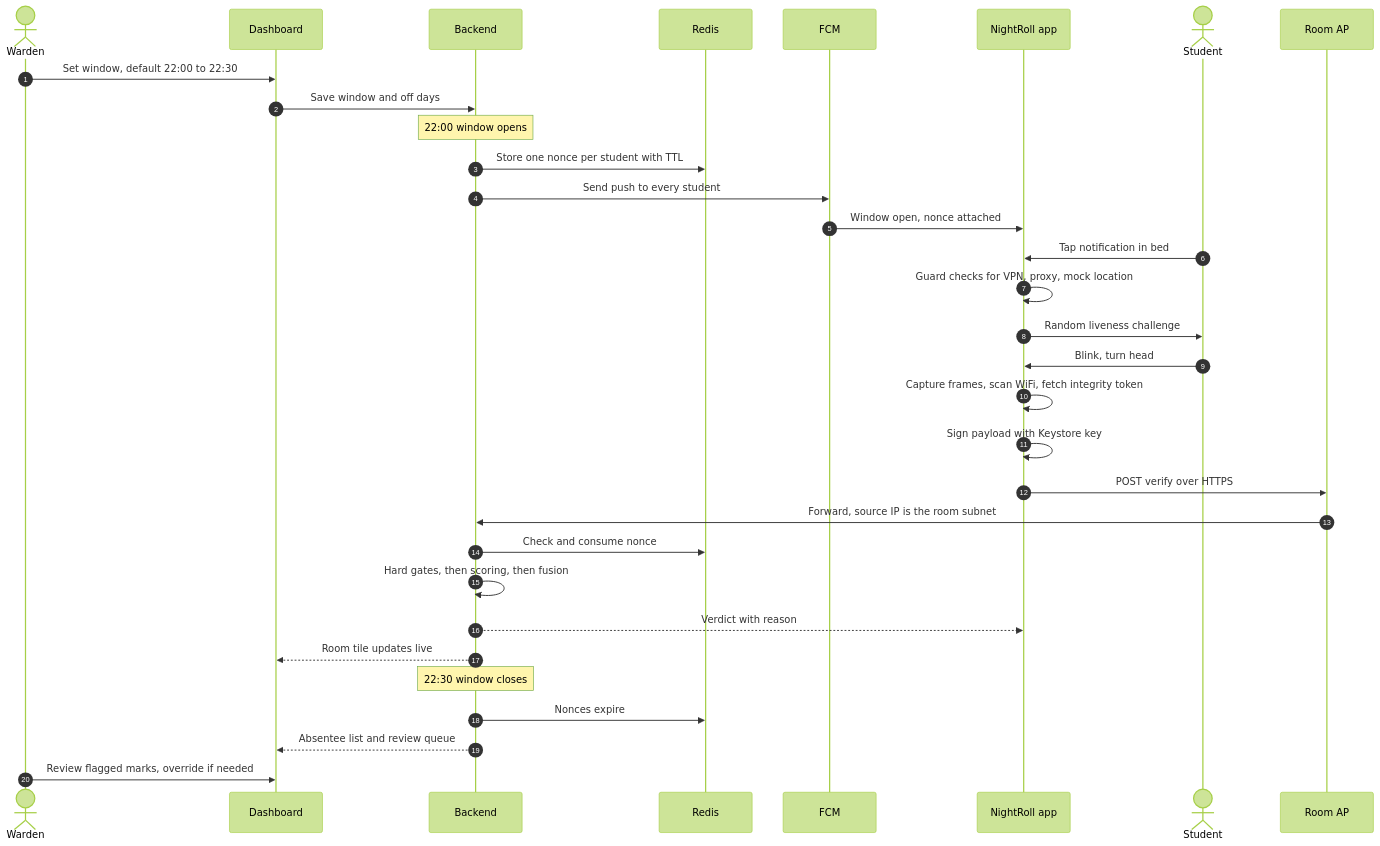
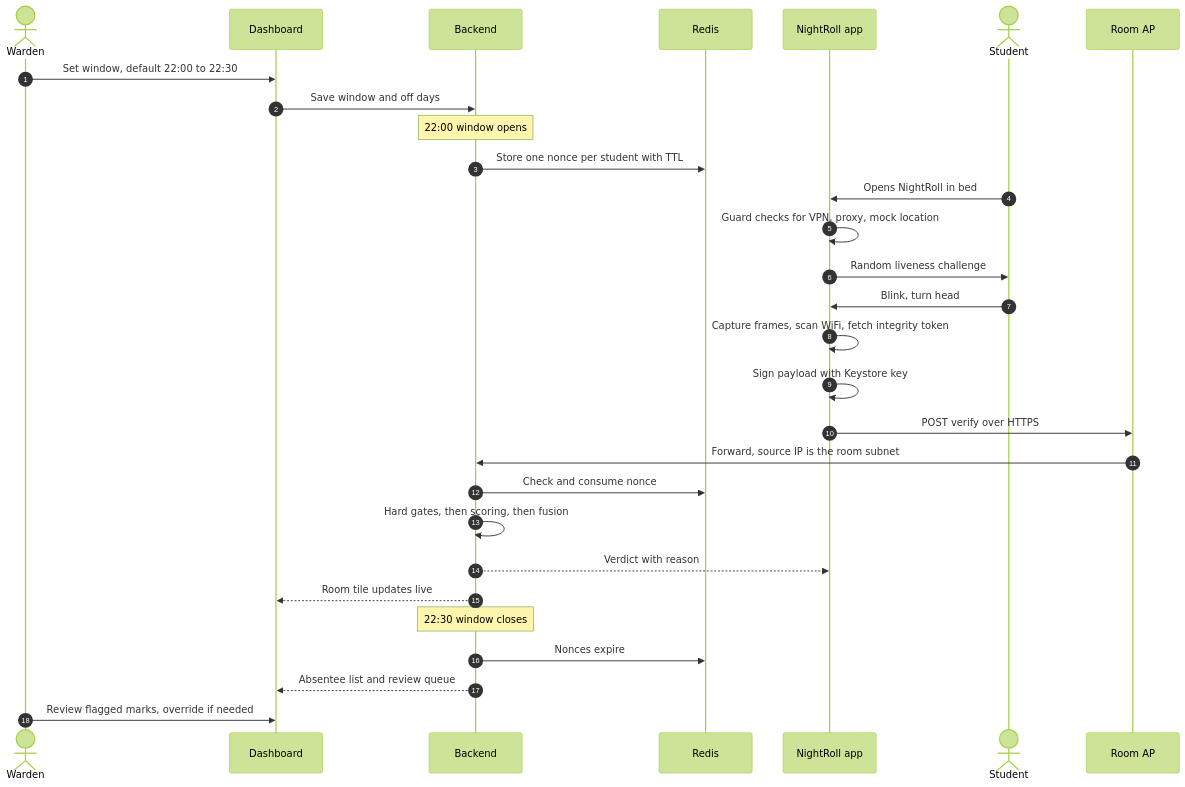
Before and after one commit to Rahul-8283/NightRoll: the fifth of 14 diagrams in README.md, drawn with Mermaid (forest theme). The commit also changed other lines of this file and 14 other files, not shown here.

Commit message:
docs: replace Firebase push with open-app model across docs and phases

````diff
--- a/README.md
+++ b/README.md
@@ -259,35 +257,32 @@
 ```mermaid
 sequenceDiagram
     autonumber
     actor W as Warden
     participant D as Dashboard
     participant S as Backend
     participant R as Redis
-    participant F as FCM
     participant A as NightRoll app
     actor U as Student
     participant AP as Room AP
 
     W->>D: Set window, default 22:00 to 22:30
     D->>S: Save window and off days
     Note over S: 22:00 window opens
     S->>R: Store one nonce per student with TTL
-    S->>F: Send push to every student
-    F->>A: Window open, nonce attached
-    U->>A: Tap notification in bed
+    U->>A: Opens NightRoll in bed
     A->>A: Guard checks for VPN, proxy, mock location
     A->>U: Random liveness challenge
     U->>A: Blink, turn head
     A->>A: Capture frames, scan WiFi, fetch integrity token
     A->>A: Sign payload with Keystore key
     A->>AP: POST verify over HTTPS
     AP->>S: Forward, source IP is the room subnet
     S->>R: Check and consume nonce
     S->>S: Hard gates, then scoring, then fusion
     S-->>A: Verdict with reason
     S-->>D: Room tile updates live
     Note over S: 22:30 window closes
     S->>R: Nonces expire
     S-->>D: Absentee list and review queue
     W->>D: Review flagged marks, override if needed
 ```
````
